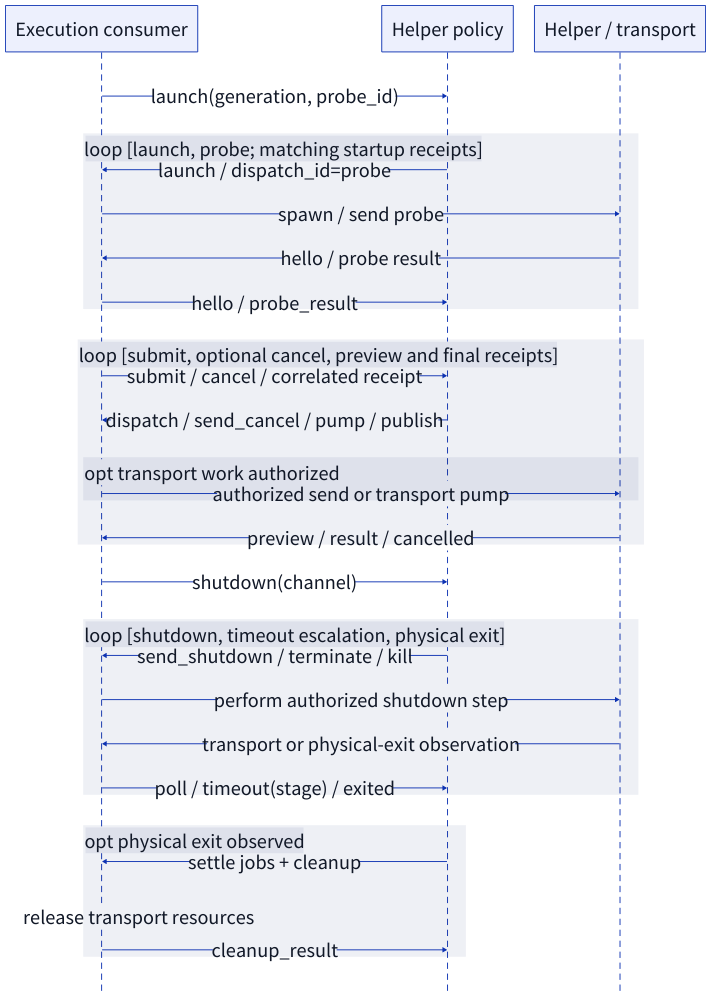
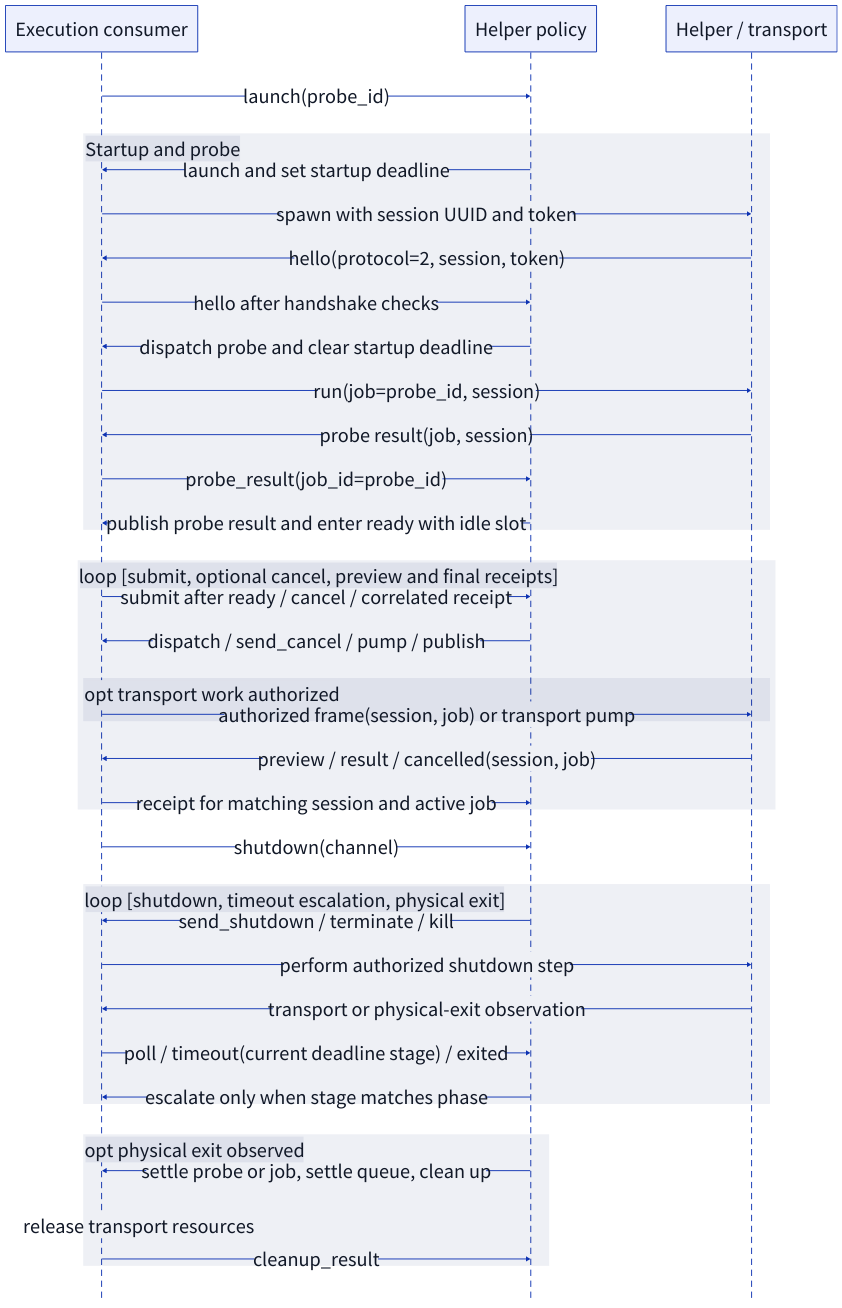
The diagram in products/perceptual-grade-book/docs/book/diagrams/03-helper-sequence.d2 (rei277hz/chromaticity), drawn with D2 before and after one commit. The commit also changed 103 other files, not shown here.

```diff
--- a/products/perceptual-grade-book/docs/book/diagrams/03-helper-sequence.d2
+++ b/products/perceptual-grade-book/docs/book/diagrams/03-helper-sequence.d2
@@ -1,40 +1,47 @@
 shape: sequence_diagram
 
 consumer: "Execution consumer"
 policy: "Helper policy"
 process: "Helper / transport"
 
-consumer -> policy: "launch(generation, probe_id)"
-startup: "loop [launch, probe; matching startup receipts]" {
-  policy -> consumer: "launch / dispatch_id=probe"
-  consumer -> process: "spawn / send probe"
-  process -> consumer: "hello / probe result"
-  consumer -> policy: "hello / probe_result"
+consumer -> policy: "launch(probe_id)"
+startup: "Startup and probe" {
+  policy -> consumer: "launch and set startup deadline"
+  consumer -> process: "spawn with session UUID and token"
+  process -> consumer: "hello(protocol=2, session, token)"
+  consumer -> policy: "hello after handshake checks"
+  policy -> consumer: "dispatch probe and clear startup deadline"
+  consumer -> process: "run(job=probe_id, session)"
+  process -> consumer: "probe result(job, session)"
+  consumer -> policy: "probe_result(job_id=probe_id)"
+  policy -> consumer: "publish probe result and enter ready with idle slot"
 }
 work: "loop [submit, optional cancel, preview and final receipts]" {
-  consumer -> policy: "submit / cancel / correlated receipt"
+  consumer -> policy: "submit after ready / cancel / correlated receipt"
   policy -> consumer: "dispatch / send_cancel / pump / publish"
   opt transport work authorized: {
-    consumer -> process: "authorized send or transport pump"
+    consumer -> process: "authorized frame(session, job) or transport pump"
   }
-  process -> consumer: "preview / result / cancelled"
+  process -> consumer: "preview / result / cancelled(session, job)"
+  consumer -> policy: "receipt for matching session and active job"
 }
 consumer -> policy: "shutdown(channel)"
 shutdown: "loop [shutdown, timeout escalation, physical exit]" {
   policy -> consumer: "send_shutdown / terminate / kill"
   consumer -> process: "perform authorized shutdown step"
   process -> consumer: "transport or physical-exit observation"
-  consumer -> policy: "poll / timeout(stage) / exited"
+  consumer -> policy: "poll / timeout(current deadline stage) / exited"
+  policy -> consumer: "escalate only when stage matches phase"
 }
 opt physical exit observed: {
-  policy -> consumer: "settle jobs + cleanup"
+  policy -> consumer: "settle probe or job, settle queue, clean up"
   consumer -> consumer: "release transport resources"
   consumer -> policy: "cleanup_result"
 }
 
 **.style.font-size: 44
 (** -> **)[*].style.font-size: 44
 **.style.font-color: "#111827"
 **.style.italic: false
 (** -> **)[*].style.font-color: "#111827"
 (** -> **)[*].style.italic: false
```
